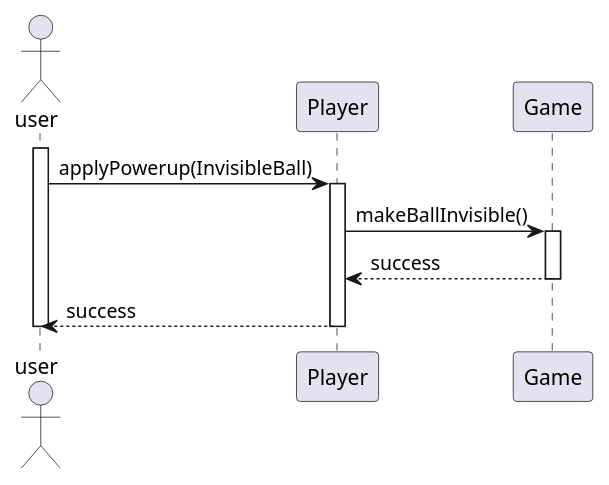
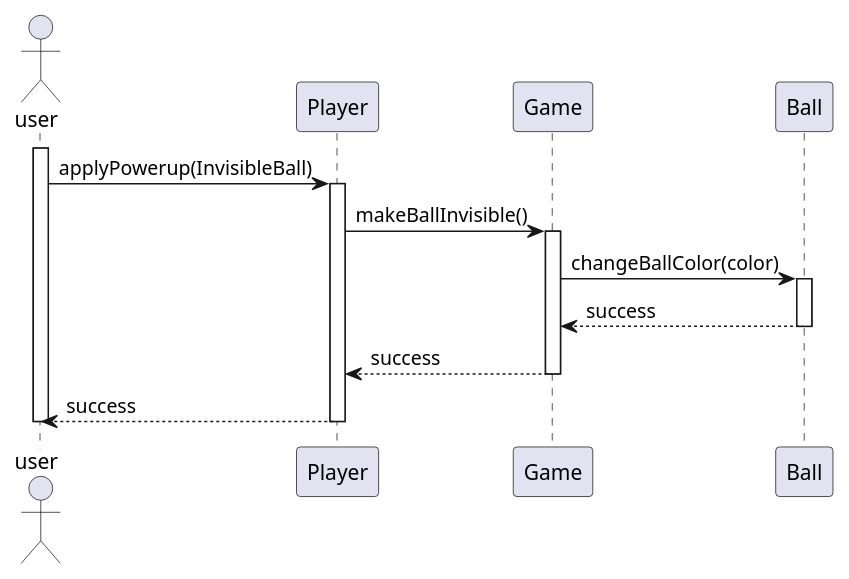
Before and after one commit to PolyPong/PolyPong: the diagram in doc/sequencediagrams/fr16.puml, drawn with PlantUML.

```diff
--- a/doc/sequencediagrams/fr16.puml
+++ b/doc/sequencediagrams/fr16.puml
@@ -1,19 +1,24 @@
 @startuml
 actor user
 
 participant Player as P
 participant Game as G
 'participant Paddle as pad
+participant Ball as B
 
 activate user
 user -> P: applyPowerup(InvisibleBall)
 activate P
 P -> G: makeBallInvisible()
 activate G
+G -> B: changeBallColor(color)
+activate B
+B --> G: success
+deactivate B
 G --> P: success
 deactivate G
 P --> user: success
 deactivate P
         
 deactivate user
 @enduml
```
